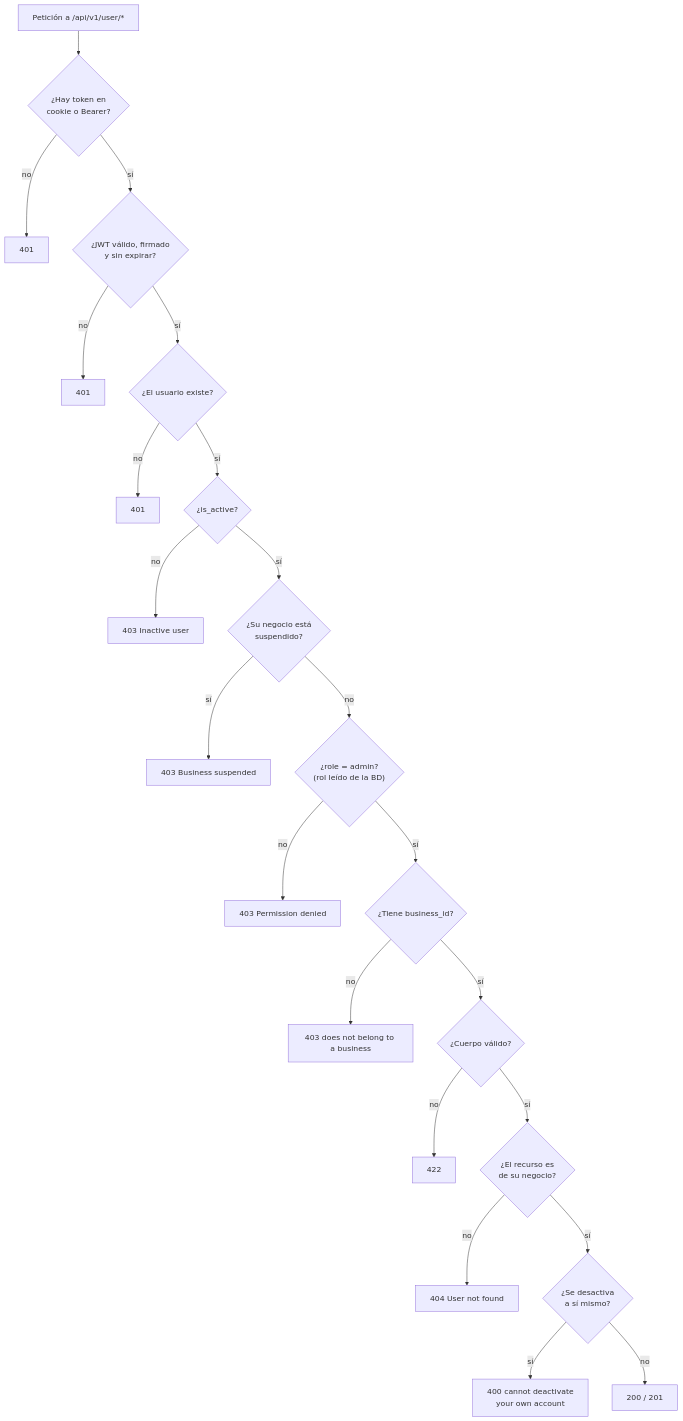
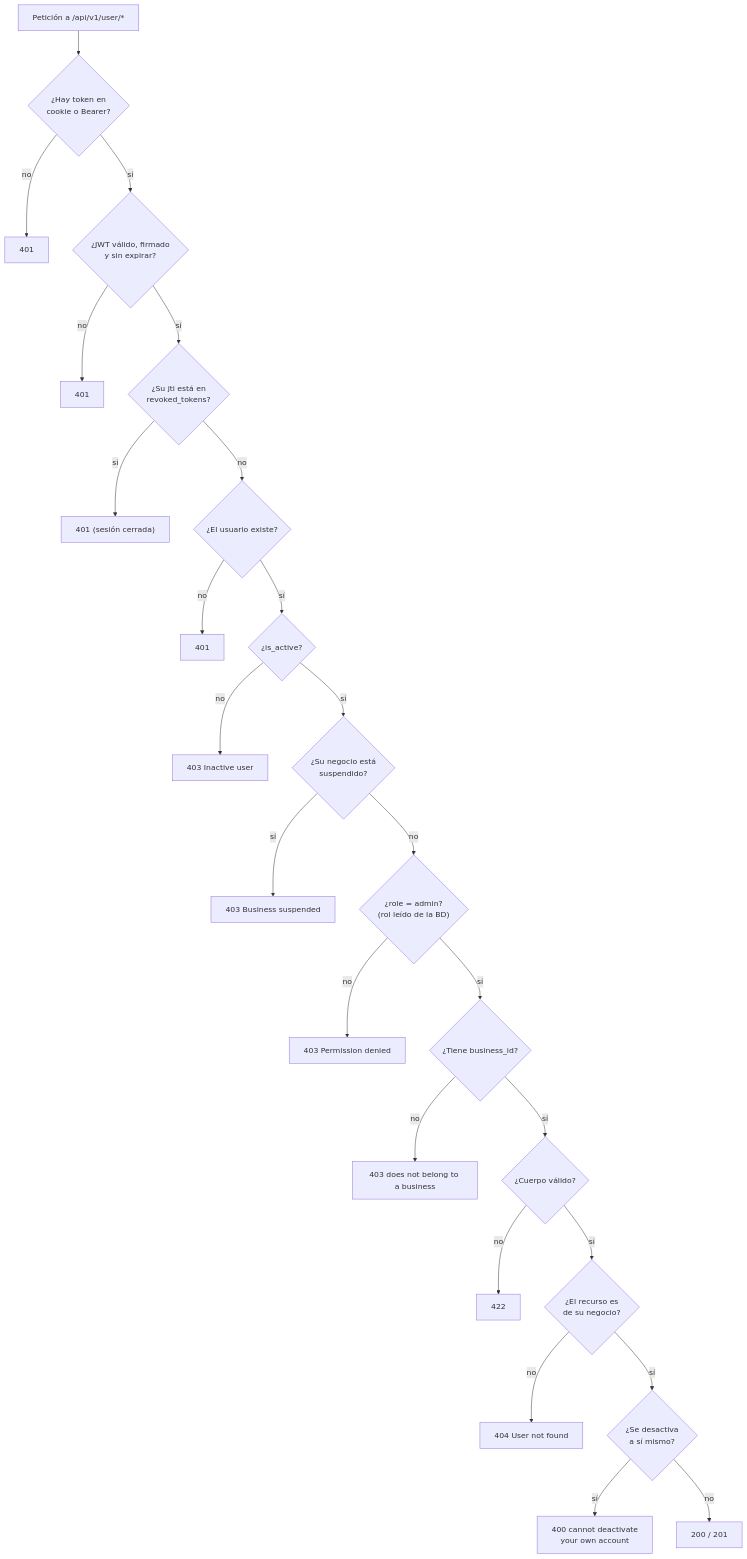
One commit to AGA-Studio/Member-Web changed the third of 8 diagrams in docs/TESTING.md. Above: the diagram before and after it, drawn with Mermaid. The commit also changed other lines of this file, not shown here.

````diff
--- a/docs/TESTING.md
+++ b/docs/TESTING.md
@@ -151,24 +154,26 @@
 ```mermaid
 flowchart TD
     REQ["Petición a /api/v1/user/*"] --> T{"¿Hay token en<br/>cookie o Bearer?"}
     T -- no --> E401a["401"]
     T -- sí --> V{"¿JWT válido, firmado<br/>y sin expirar?"}
     V -- no --> E401b["401"]
-    V -- sí --> U{"¿El usuario existe?"}
+    V -- sí --> REV{"¿Su jti está en<br/>revoked_tokens?"}
+    REV -- sí --> E401r["401 (sesión cerrada)"]
+    REV -- no --> U{"¿El usuario existe?"}
     U -- no --> E401c["401"]
     U -- sí --> ACT{"¿is_active?"}
     ACT -- no --> E403a["403 Inactive user"]
     ACT -- sí --> SUS{"¿Su negocio está<br/>suspendido?"}
     SUS -- sí --> E403s["403 Business suspended"]
     SUS -- no --> R{"¿role = admin?<br/>(rol leído de la BD)"}
     R -- no --> E403b["403 Permission denied"]
     R -- sí --> B{"¿Tiene business_id?"}
     B -- no --> E403c["403 does not belong to a business"]
     B -- sí --> BODY{"¿Cuerpo válido?"}
     BODY -- no --> E422["422"]
     BODY -- sí --> OWN{"¿El recurso es<br/>de su negocio?"}
     OWN -- no --> E404["404 User not found"]
     OWN -- sí --> SELF{"¿Se desactiva<br/>a sí mismo?"}
     SELF -- sí --> E400["400 cannot deactivate<br/>your own account"]
     SELF -- no --> OK["200 / 201"]
 ```
````
